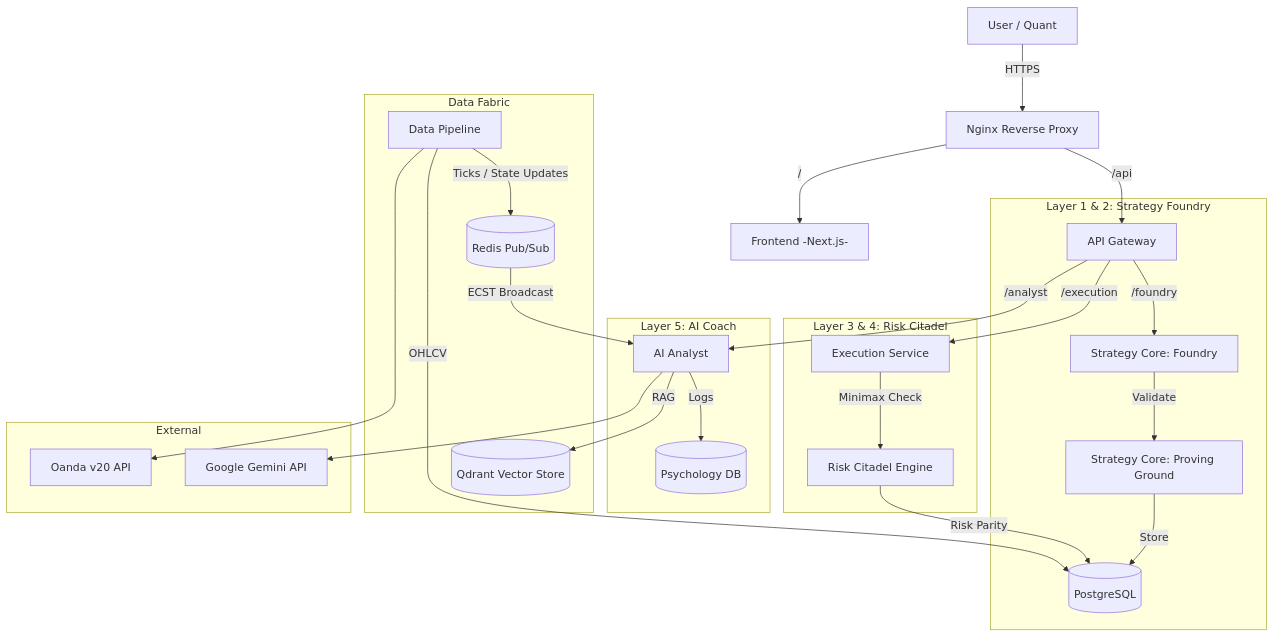
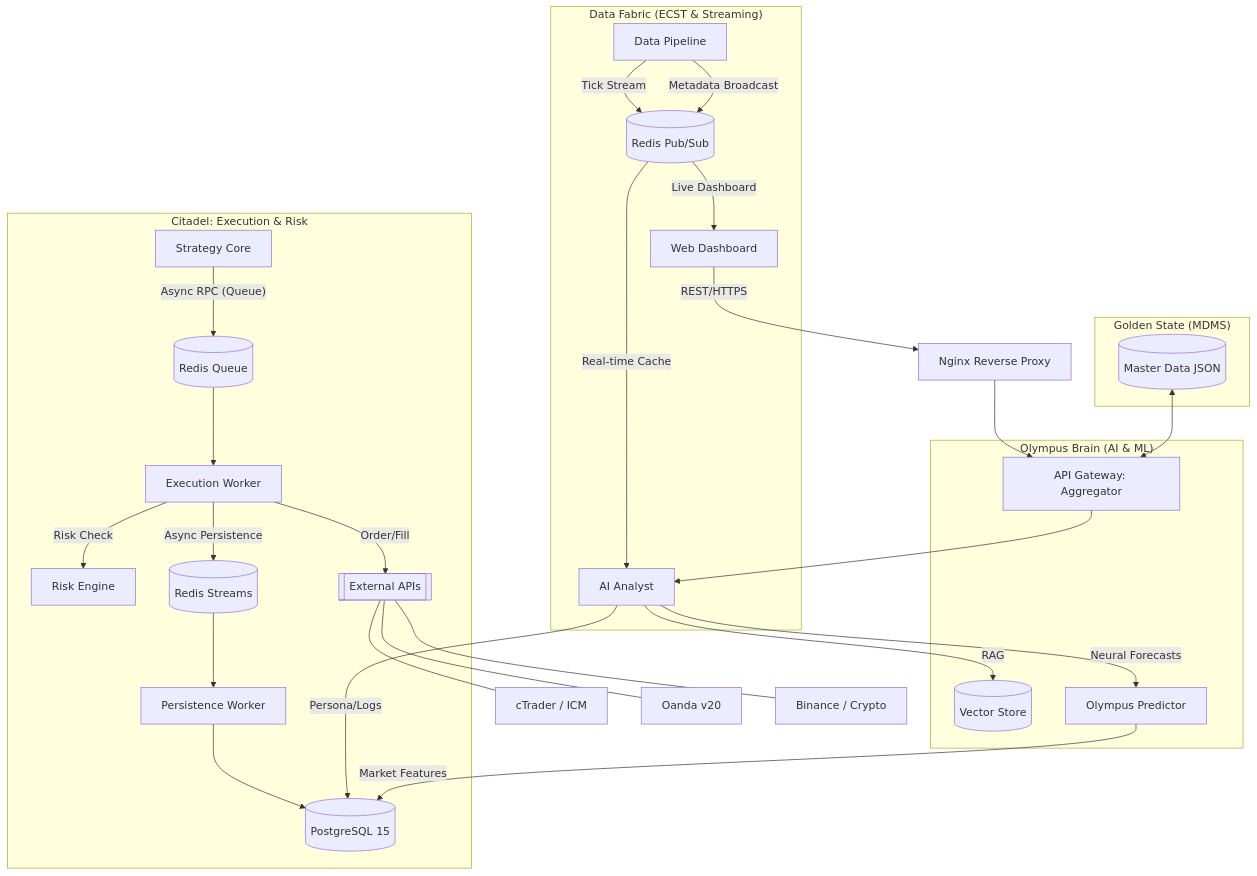
One commit to damrongsak/mtf-trading-system changed the first of 2 diagrams in specs/01_architecture.md. Above: the diagram before and after it, drawn with Mermaid.

Commit message:
docs(arch): update component diagram to olympus v3.0 decoupled architecture

````diff
--- a/specs/01_architecture.md
+++ b/specs/01_architecture.md
@@ -9,35 +9,38 @@
 ```mermaid
 graph TD
-    User[User / Quant] -->|HTTPS| Nginx[Nginx Reverse Proxy]
-    Nginx -->|/api| Gateway[API Gateway]
-    Nginx -->|/| Frontend[Frontend -Next.js-]
+    User[Web Dashboard] -->|REST/HTTPS| Nginx[Nginx Reverse Proxy]
+    Nginx --> Gateway[API Gateway: Aggregator]
 
-    subgraph "Layer 1 & 2: Strategy Foundry"
-        Gateway -->|/foundry| Foundry[Strategy Core: Foundry]
-        Foundry -->|Validate| ProvingGround[Strategy Core: Proving Ground]
-        ProvingGround -->|Store| DB[(PostgreSQL)]
+    subgraph "Data Fabric (ECST & Streaming)"
+        Data[Data Pipeline] -->|Tick Stream| PubSub[(Redis Pub/Sub)]
+        Data -->|Metadata Broadcast| PubSub
+        PubSub -->|Real-time Cache| AI[AI Analyst]
+        PubSub -->|Live Dashboard| User
     end
 
-    subgraph "Layer 3 & 4: Risk Citadel"
-        Gateway -->|/execution| Execution[Execution Service]
-        Execution -->|Minimax Check| Citadel[Risk Citadel Engine]
-        Citadel -->|Risk Parity| DB
+    subgraph "Citadel: Execution & Risk"
+        Strategy[Strategy Core] -- "Async RPC (Queue)" --> Queue[(Redis Queue)]
+        Queue --> Worker[Execution Worker]
+        Worker -->|Risk Check| Risk[Risk Engine]
+        Worker -->|Order/Fill| Brokers[[External APIs]]
+        Worker -->|Async Persistence| Stream[(Redis Streams)]
+        Stream --> Persist[Persistence Worker]
+        Persist --> DB[(PostgreSQL 15)]
     end
 
-    subgraph "Layer 5: AI Coach"
-        Gateway -->|/analyst| AI[AI Analyst]
-        AI -->|Logs| MentalDB[(Psychology DB)]
+    subgraph "Olympus Brain (AI & ML)"
+        Gateway --> AI
+        AI -->|RAG| Qdrant[(Vector Store)]
+        AI -->|Neural Forecasts| ML[Olympus Predictor]
+        AI -->|Persona/Logs| DB
+        ML -->|Market Features| DB
     end
 
-    subgraph "Data Fabric"
-        Data[Data Pipeline] -->|Ticks / State Updates| Redis[(Redis Pub/Sub)]
-        Data -->|OHLCV| DB
-        AI -->|RAG| Qdrant[(Qdrant Vector Store)]
-        Redis -->|ECST Broadcast| AI
+    subgraph "Golden State (MDMS)"
+        JSON[(Master Data JSON)] <--> Gateway
     end
 
-    subgraph "External"
-        AI --> Gemini[Google Gemini API]
-        Data --> Oanda[Oanda v20 API]
-    end
+    Brokers --- cTraderAPI[cTrader / ICM]
+    Brokers --- OandaAPI[Oanda v20]
+    Brokers --- BinanceAPI[Binance / Crypto]
 ```
````
